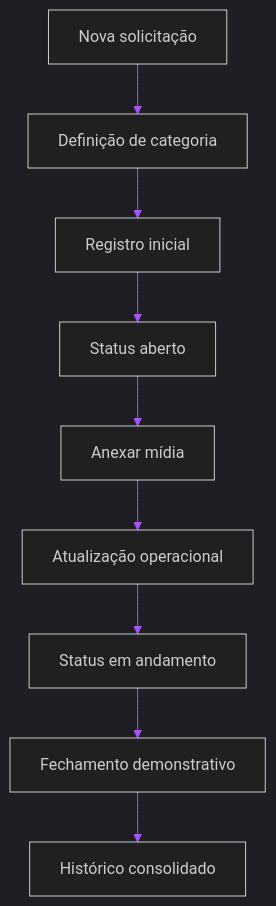
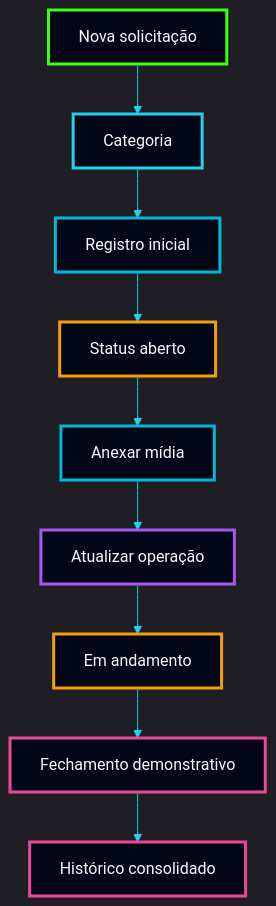
One commit to NickDevHolz/Terra-Conecta changed the eighth of 12 diagrams in Terra Conecta — Proposta Institucional, Comercial e Técnica.md. Above: the diagram before and after it, drawn with Mermaid. The commit also changed other lines of this file, not shown here.

````diff
--- a/Terra Conecta — Proposta Institucional, Comercial e Técnica.md
+++ b/Terra Conecta — Proposta Institucional, Comercial e Técnica.md
@@ -499,22 +937,40 @@
 ```mermaid
 %%{init: {
 'theme':'dark',
 'themeVariables':{
 'background':'#020617',
-'primaryColor':'#0ea5e9',
+'mainBkg':'#020617',
+'secondBkg':'#0f172a',
+'tertiaryColor':'#111827',
+'primaryColor':'#22d3ee',
 'primaryTextColor':'#f8fafc',
-'primaryBorderColor':'#22c55e',
-'lineColor':'#a855f7',
+'primaryBorderColor':'#39ff14',
 'secondaryColor':'#0f172a',
-'tertiaryColor':'#111827'
+'secondaryTextColor':'#e2e8f0',
+'secondaryBorderColor':'#a855f7',
+'lineColor':'#22d3ee',
+'textColor':'#f8fafc',
+'clusterBkg':'#020617',
+'clusterBorder':'#a855f7',
+'defaultLinkColor':'#22d3ee'
 }}}%%
 flowchart TB
-A[Nova solicitação] --> B[Definição de categoria]
+A[Nova solicitação] --> B[Categoria]
 B --> C[Registro inicial]
 C --> D[Status aberto]
 D --> E[Anexar mídia]
-E --> F[Atualização operacional]
-F --> G[Status em andamento]
+E --> F[Atualizar operação]
+F --> G[Em andamento]
 G --> H[Fechamento demonstrativo]
 H --> I[Histórico consolidado]
+
+style A fill:#020617,stroke:#39ff14,stroke-width:3px,color:#f8fafc
+style B fill:#020617,stroke:#22d3ee,stroke-width:3px,color:#f8fafc
+style C fill:#020617,stroke:#06b6d4,stroke-width:3px,color:#f8fafc
+style D fill:#020617,stroke:#f59e0b,stroke-width:3px,color:#f8fafc
+style E fill:#020617,stroke:#06b6d4,stroke-width:3px,color:#f8fafc
+style F fill:#020617,stroke:#a855f7,stroke-width:3px,color:#f8fafc
+style G fill:#020617,stroke:#f59e0b,stroke-width:3px,color:#f8fafc
+style H fill:#020617,stroke:#ec4899,stroke-width:3px,color:#f8fafc
+style I fill:#020617,stroke:#ec4899,stroke-width:3px,color:#f8fafc
 ```
````
